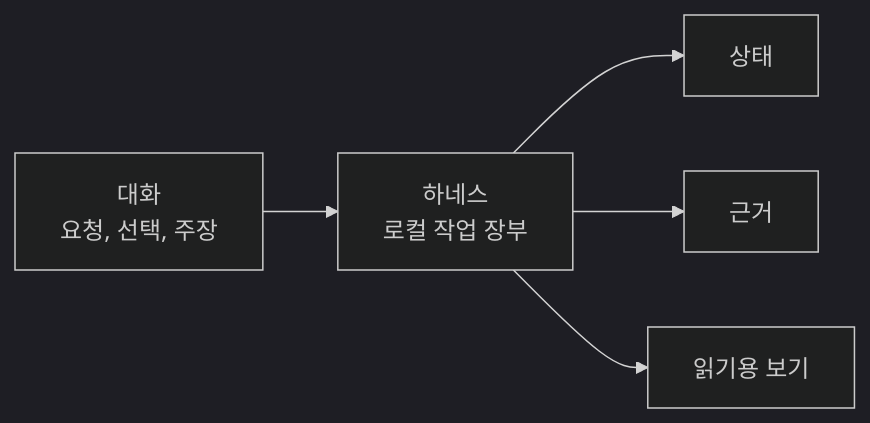
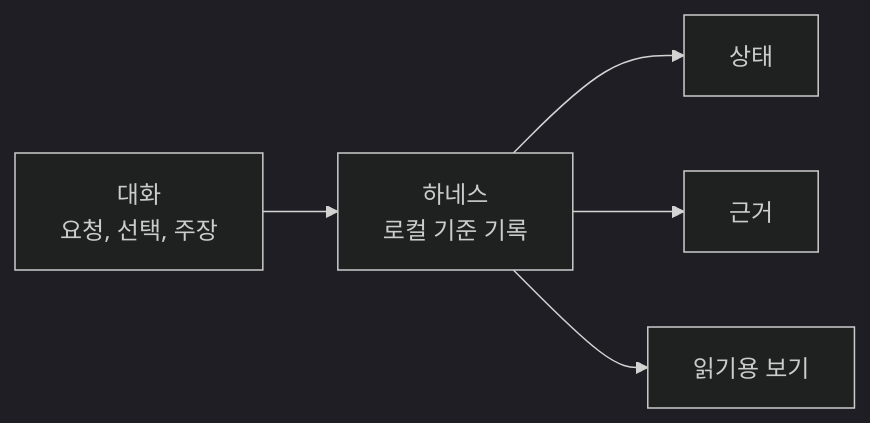
Before and after one commit to minjungw00/Volicord: the diagram in docs/ko/learn/overview.md, drawn with Mermaid (dark theme). The commit also changed other lines of this file and 11 other files, not shown here.

````diff
--- a/docs/ko/learn/overview.md
+++ b/docs/ko/learn/overview.md
@@ -25,7 +25,7 @@
 ```mermaid
 flowchart LR
-  Chat["대화<br/>요청, 선택, 주장"] --> 하네스["하네스<br/>로컬 작업 장부"]
+  Chat["대화<br/>요청, 선택, 주장"] --> 하네스["하네스<br/>로컬 기준 기록"]
   하네스 --> State["상태"]
   하네스 --> Evidence["근거"]
   하네스 --> Views["읽기용 보기"]
 ```
````
